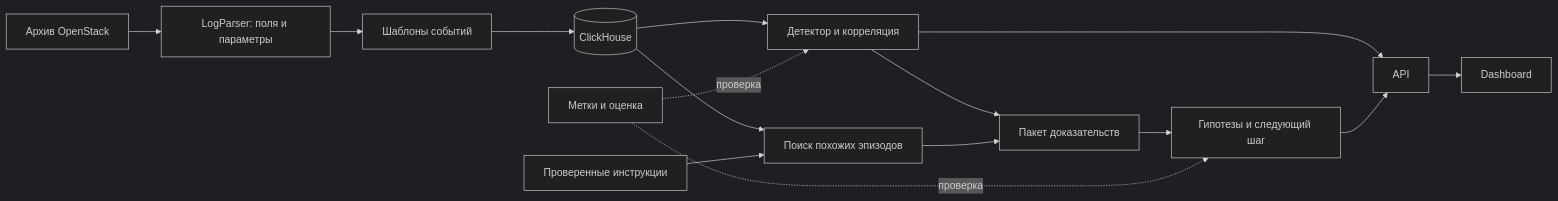
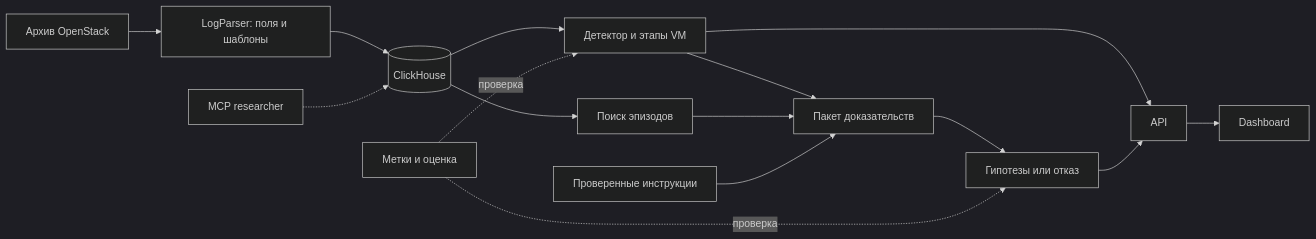
The diagram in docs/RESEARCH.md (tsarev-is/Logregartor), drawn with Mermaid (dark theme) before and after one commit. The commit also changed other lines of this file, not shown here.

````diff
--- a/docs/RESEARCH.md
+++ b/docs/RESEARCH.md
@@ -117,17 +150,17 @@
 ```mermaid
 flowchart LR
-    L[Архив OpenStack] --> P[LogParser: поля и параметры]
-    P --> T[Шаблоны событий]
-    T --> C[(ClickHouse)]
-    C --> A[Детектор и корреляция]
+    L[Архив OpenStack] --> P[LogParser: поля и шаблоны]
+    P --> C[(ClickHouse)]
+    C --> A[Детектор и этапы VM]
+    C --> R[Поиск эпизодов]
     A --> E[Пакет доказательств]
-    C --> R[Поиск похожих эпизодов]
-    K[Проверенные инструкции] --> R
     R --> E
-    E --> H[Гипотезы и следующий шаг]
+    K[Проверенные инструкции] --> E
+    E --> H[Гипотезы или отказ]
     A --> API[API]
     H --> API
     API --> D[Dashboard]
+    M[MCP researcher] -.-> C
     G[Метки и оценка] -. проверка .-> A
     G -. проверка .-> H
 ```
````
